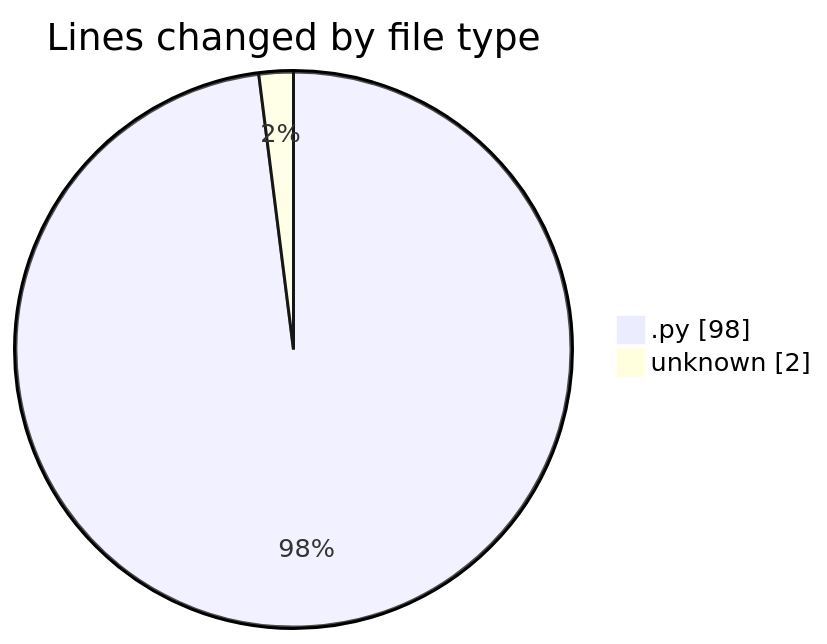
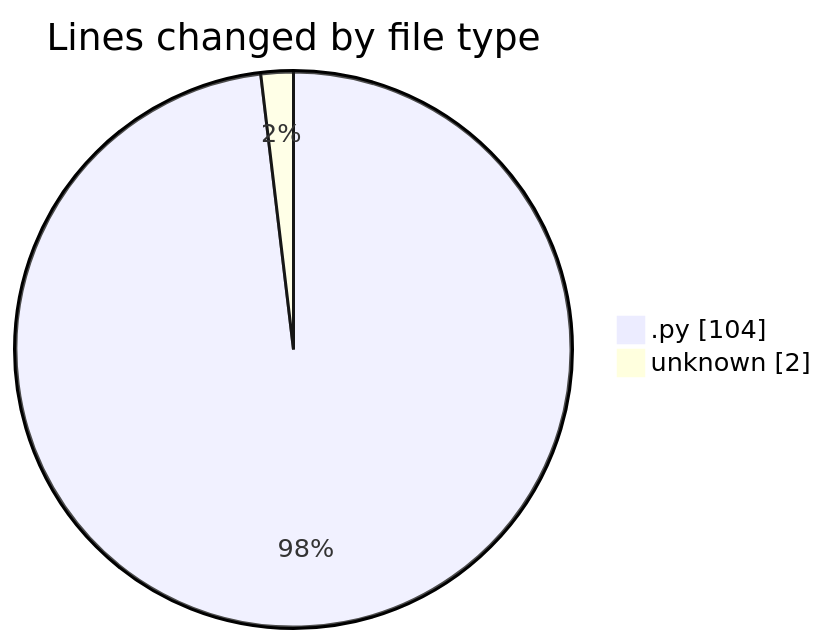
One commit to CELIANVF/code-tracking changed the first of 2 diagrams in 2025-01-21/monteur_automatique/README.md. Above: the diagram before and after it, drawn with Mermaid. The commit also changed other lines of this file and 1 other file, not shown here.

````diff
--- a/2025-01-21/monteur_automatique/README.md
+++ b/2025-01-21/monteur_automatique/README.md
@@ -23,6 +23,6 @@
 ```mermaid
 pie showData
 title Lines changed by file type
-".py" : 98
+".py" : 104
 "unknown" : 2
 ```
````
